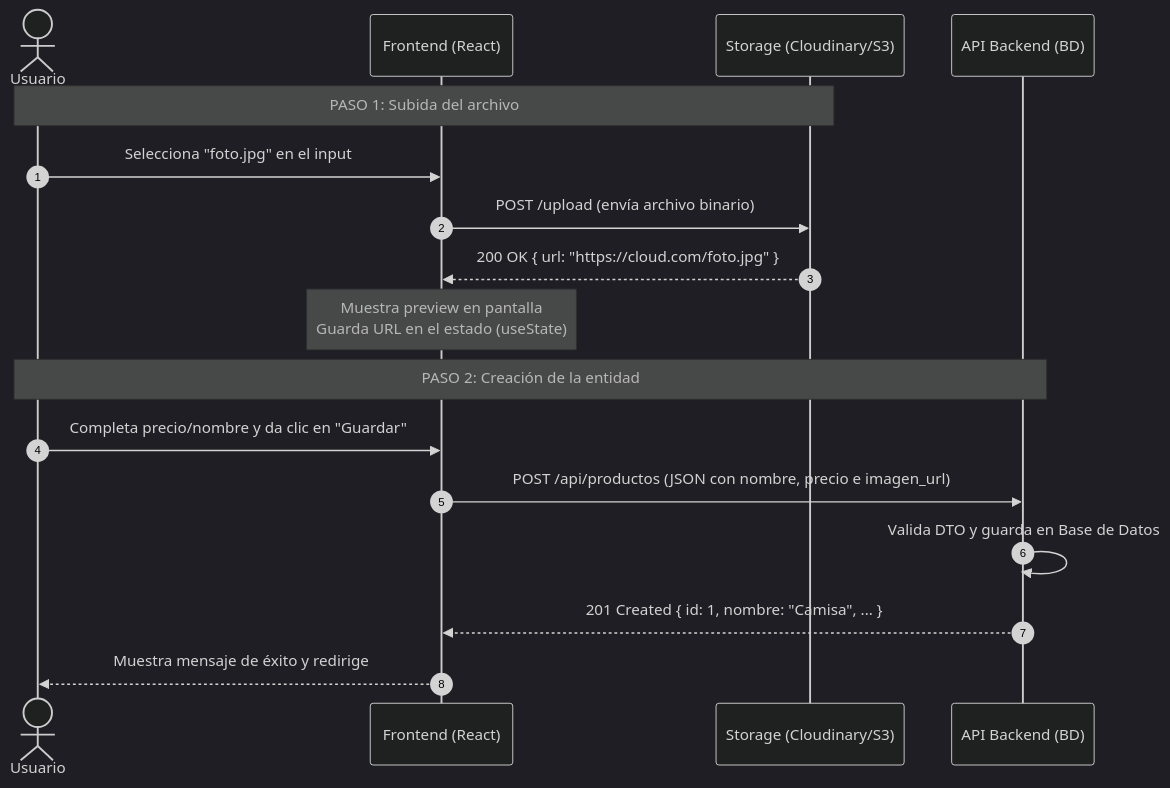
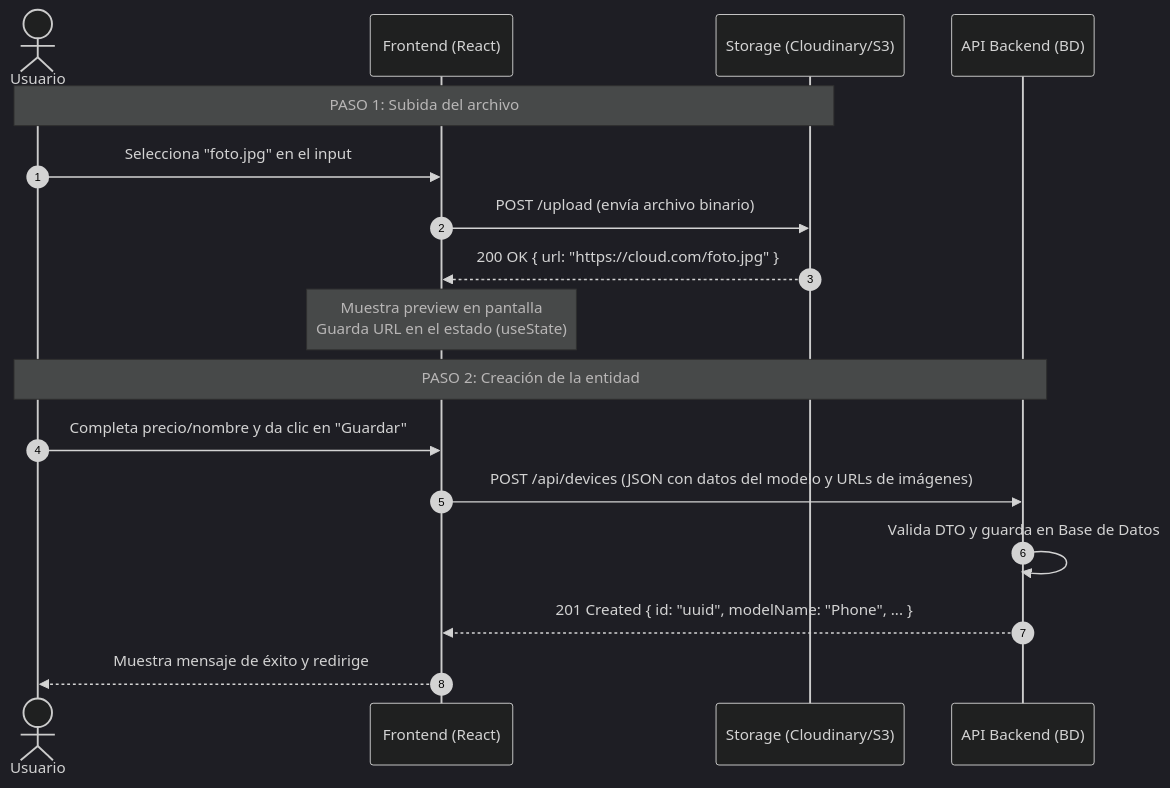
Before and after one commit to lugoz99/app-mobistore: the second of 2 diagrams in diccionario-datos-app-mobistore.md, drawn with Mermaid (dark theme). The commit also changed other lines of this file and 9 other files, not shown here.

````diff
--- a/diccionario-datos-app-mobistore.md
+++ b/diccionario-datos-app-mobistore.md
@@ -137,24 +235,24 @@
 ```mermaid
 sequenceDiagram
     autonumber
     actor U as Usuario
     participant FE as Frontend (React)
     participant ST as Storage (Cloudinary/S3)
     participant BE as API Backend (BD)
 
     %% Paso 1: Subida de la imagen
     Note over U,ST: PASO 1: Subida del archivo
     U->>FE: Selecciona "foto.jpg" en el input
     FE->>ST: POST /upload (envía archivo binario)
     ST-->>FE: 200 OK { url: "https://cloud.com/foto.jpg" }
 
     Note over FE: Muestra preview en pantalla<br/>Guarda URL en el estado (useState)
 
     %% Paso 2: Creación del recurso
     Note over U,BE: PASO 2: Creación de la entidad
     U->>FE: Completa precio/nombre y da clic en "Guardar"
-    FE->>BE: POST /api/productos (JSON con nombre, precio e imagen_url)
+    FE->>BE: POST /api/devices (JSON con datos del modelo y URLs de imágenes)
     BE->>BE: Valida DTO y guarda en Base de Datos
-    BE-->>FE: 201 Created { id: 1, nombre: "Camisa", ... }
+    BE-->>FE: 201 Created { id: "uuid", modelName: "Phone", ... }
     FE-->>U: Muestra mensaje de éxito y redirige
 ```
````
